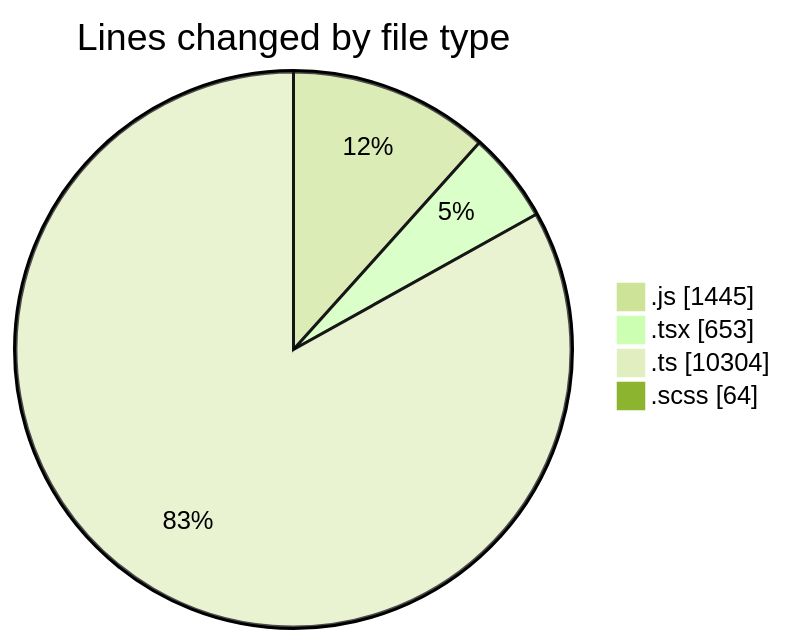
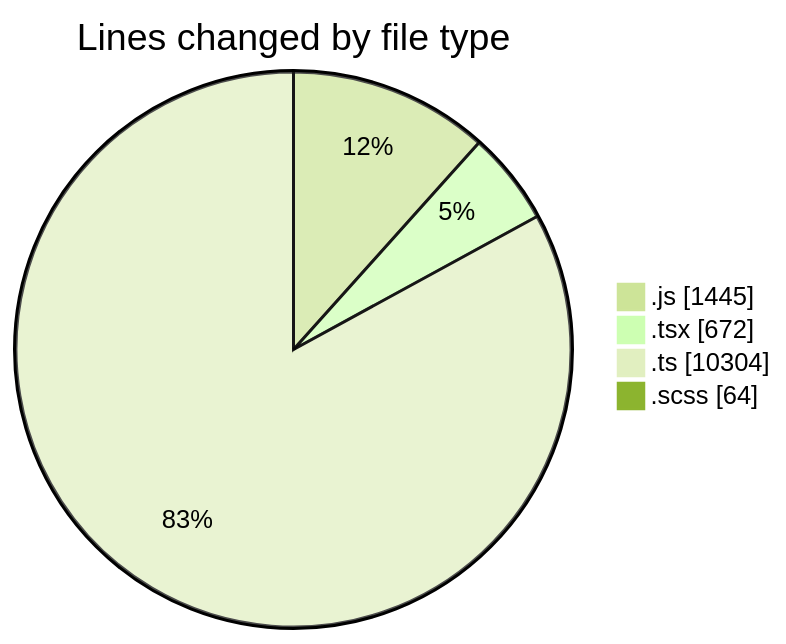
The first of 2 diagrams in 2025-03-13/cda/README.md (momahboobian/code-tracking), drawn with Mermaid (forest theme) before and after one commit. The commit also changed other lines of this file and 1 other file, not shown here.

````diff
--- a/2025-03-13/cda/README.md
+++ b/2025-03-13/cda/README.md
@@ -33,8 +33,8 @@
 ```mermaid
 pie showData
 title Lines changed by file type
 ".js" : 1445
-".tsx" : 653
+".tsx" : 672
 ".ts" : 10304
 ".scss" : 64
 ```
````
